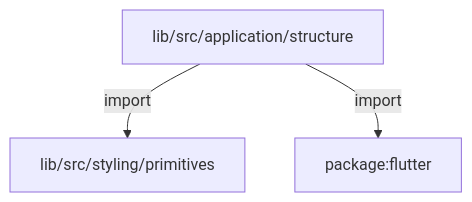
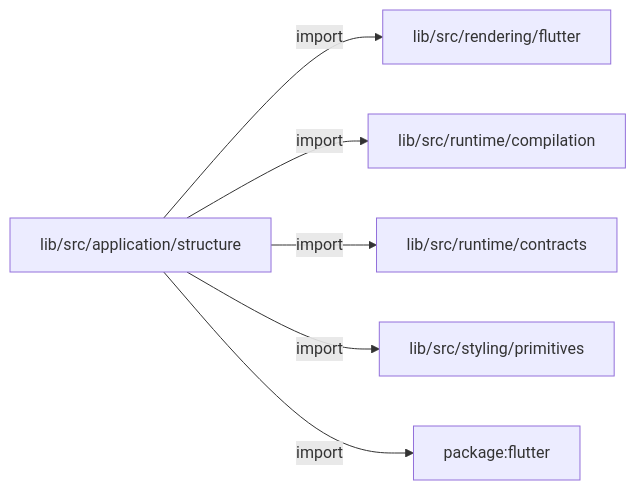
Before and after one commit to MiuDog/Kallopis: the third of 4 diagrams in docs/architecture/src/application/structure/README.md, drawn with Mermaid. The commit also changed other lines of this file and 9688 other files, not shown here.

Commit message:
Prepare isolated Flow F2 peer baseline

````diff
--- a/docs/architecture/src/application/structure/README.md
+++ b/docs/architecture/src/application/structure/README.md
@@ -67,8 +67,14 @@
 ```mermaid
-flowchart TD
+flowchart LR
 	n0["lib/src/application/structure"]
-	n1["lib/src/styling/primitives"]
-	n2["package:flutter"]
+	n1["lib/src/rendering/flutter"]
+	n2["lib/src/runtime/compilation"]
+	n3["lib/src/runtime/contracts"]
+	n4["lib/src/styling/primitives"]
+	n5["package:flutter"]
 	n0 -->|"import"| n1
 	n0 -->|"import"| n2
+	n0 -->|"import"| n3
+	n0 -->|"import"| n4
+	n0 -->|"import"| n5
 ```
````
